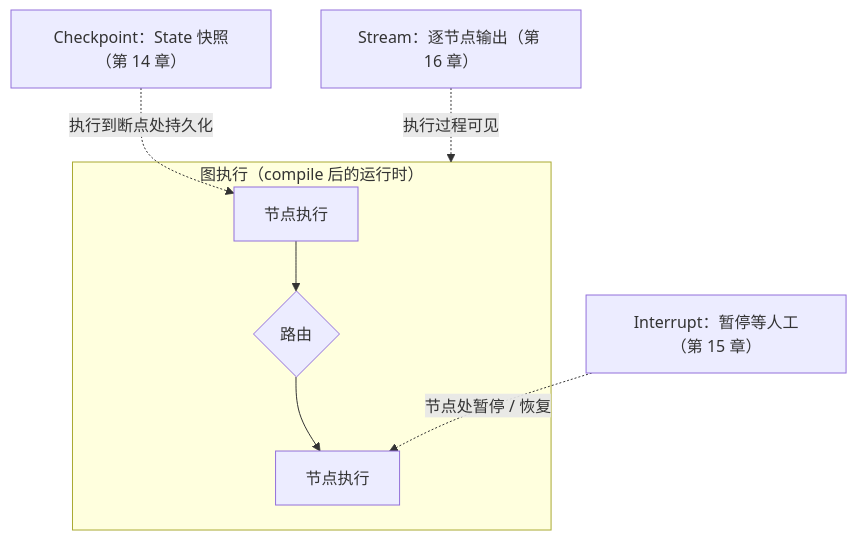
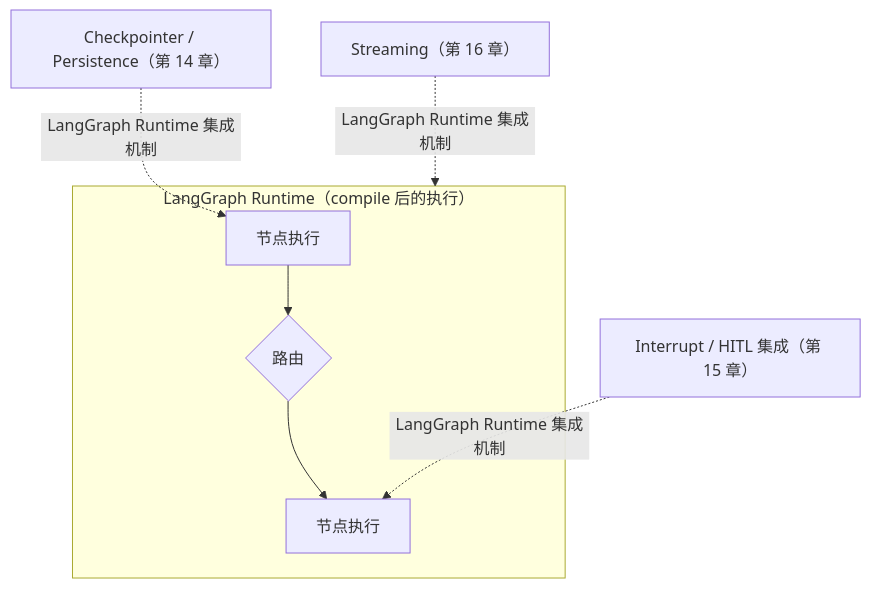
The second of 2 diagrams in docs/03-langgraph-core/ch08-why-graph.md (AnRun-M/enterprise-ai-agent-handbook), drawn with Mermaid before and after one commit. The commit also changed other lines of this file and 4 other files, not shown here.

Commit message:
docs: refine graph runtime boundaries and note langchain scope

````diff
--- a/docs/03-langgraph-core/ch08-why-graph.md
+++ b/docs/03-langgraph-core/ch08-why-graph.md
@@ -109,12 +109,12 @@
 ```mermaid
 flowchart TD
-    subgraph RUN["图执行（compile 后的运行时）"]
+    subgraph RUN["LangGraph Runtime（compile 后的执行）"]
         N1["节点执行"]
         N2["节点执行"]
         R0{"路由"}
         N1 --> R0 --> N2
     end
-    CK["Checkpoint：State 快照（第 14 章）"] -. "执行到断点处持久化" .-> N1
-    IN["Interrupt：暂停等人工（第 15 章）"] -. "节点处暂停 / 恢复" .-> N2
-    ST["Stream：逐节点输出（第 16 章）"] -. "执行过程可见" .-> RUN
+    CK["Checkpointer / Persistence（第 14 章）"] -. "LangGraph Runtime 集成机制" .-> N1
+    IN["Interrupt / HITL 集成（第 15 章）"] -. "LangGraph Runtime 集成机制" .-> N2
+    ST["Streaming（第 16 章）"] -. "LangGraph Runtime 集成机制" .-> RUN
 ```
````
